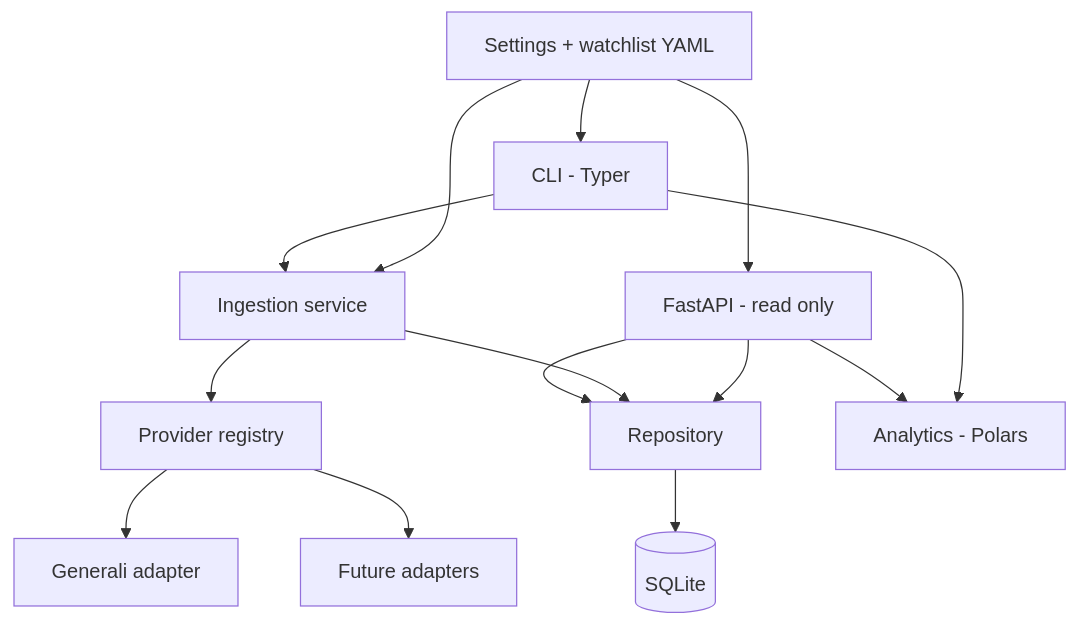
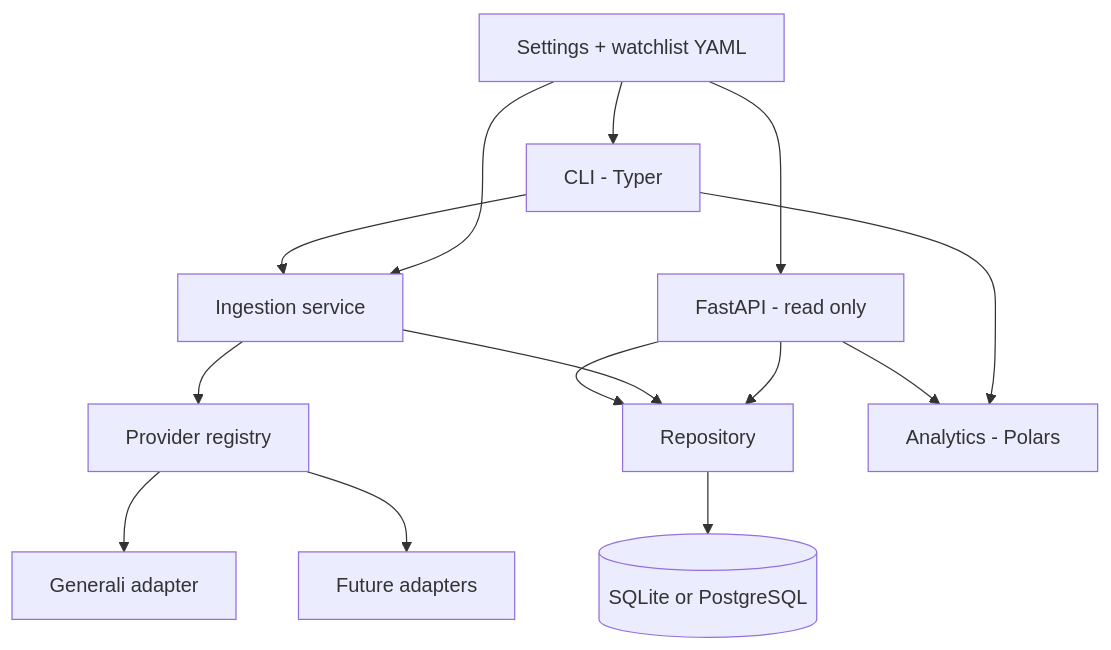
One commit to albi9702/assetlens changed the first of 2 diagrams in docs/architecture.md. Above: the diagram before and after it, drawn with Mermaid. The commit also changed other lines of this file and 4 other files, not shown here.

First line of the commit message:
docs: describe the Neon deployment and schema workflow

````diff
--- a/docs/architecture.md
+++ b/docs/architecture.md
@@ -26,16 +26,16 @@
 ```mermaid
 flowchart TD
     CLI[CLI - Typer] --> SVC[Ingestion service]
     API[FastAPI - read only] --> REPO
     SVC --> REG[Provider registry]
     REG --> GEN[Generali adapter]
     REG --> FUT[Future adapters]
     SVC --> REPO[Repository]
-    REPO --> DB[(SQLite)]
+    REPO --> DB[(SQLite or PostgreSQL)]
     API --> REPO
     API --> ANA[Analytics - Polars]
     CLI --> ANA
     CFG[Settings + watchlist YAML] --> CLI
     CFG --> SVC
     CFG --> API
 ```
````
